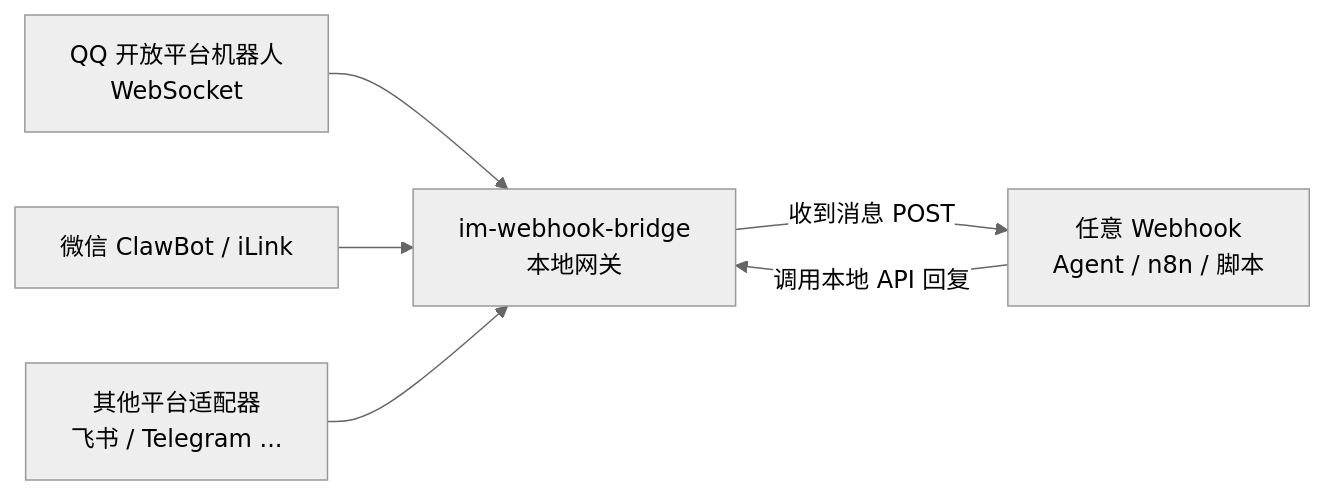
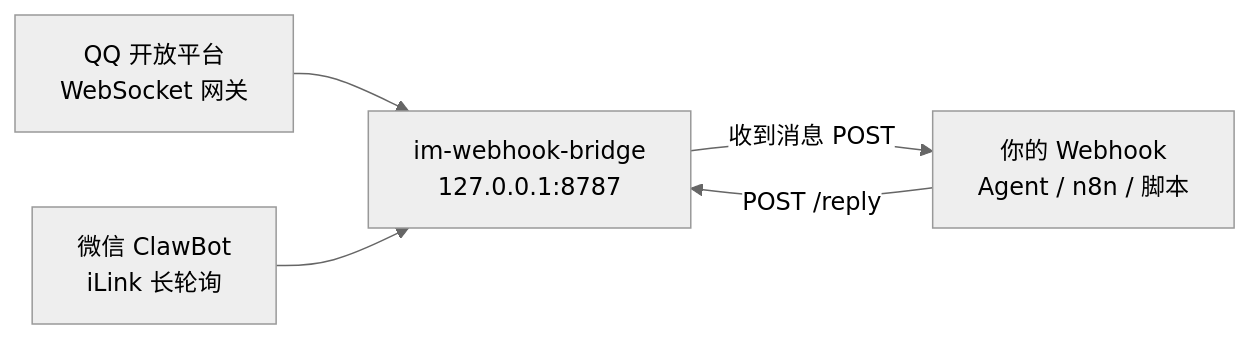
One commit to hongfaqiu/im-webhook-bridge changed the diagram in README.md. Above: the diagram before and after it, drawn with Mermaid (neutral theme). The commit also changed other lines of this file, not shown here.

Commit message:
README：统一版使用说明（安装、绑定、多账号、API、webhook、安全、微信接口风险）

````diff
--- a/README.md
+++ b/README.md
@@ -21,8 +7,7 @@
 ```mermaid
 flowchart LR
-  QQ[QQ 开放平台机器人<br/>WebSocket] --> GW
-  WX[微信 ClawBot / iLink] --> GW
-  More[其他平台适配器<br/>飞书 / Telegram ...] --> GW
-  GW[im-webhook-bridge<br/>本地网关] -- 收到消息 POST --> WH[任意 Webhook<br/>Agent / n8n / 脚本]
-  WH -- 调用本地 API 回复 --> GW
+  QQ[QQ 开放平台<br/>WebSocket 网关] --> B
+  WX[微信 ClawBot<br/>iLink 长轮询] --> B
+  B[im-webhook-bridge<br/>127.0.0.1:8787] -- 收到消息 POST --> WH[你的 Webhook<br/>Agent / n8n / 脚本]
+  WH -- POST /reply --> B
 ```
````
